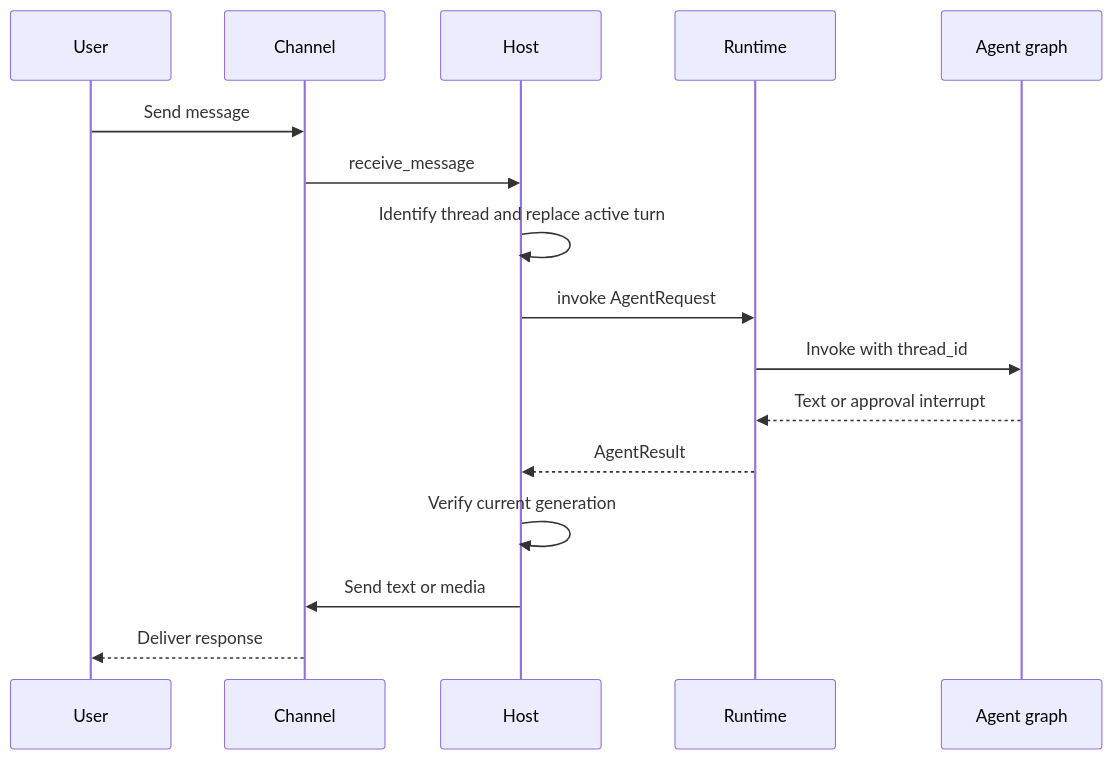
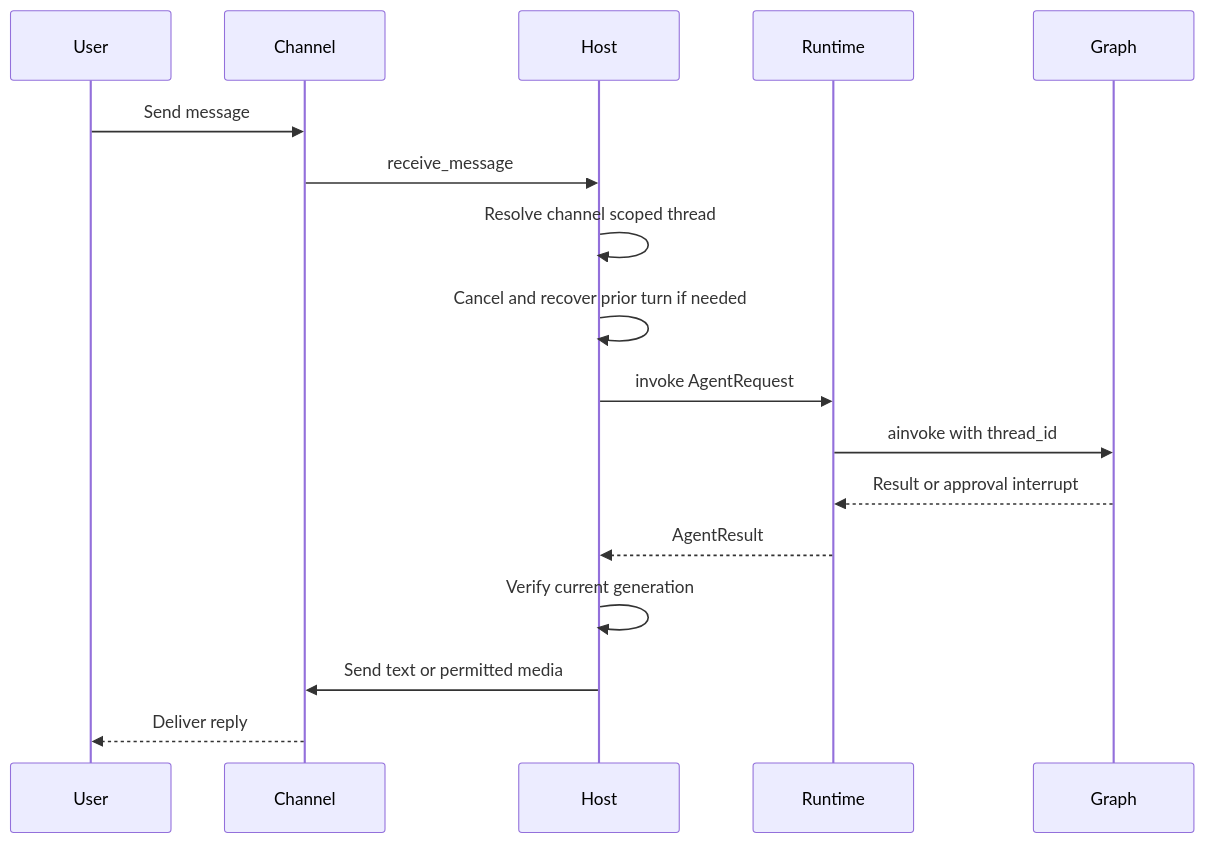
The first of 2 diagrams in openwiki/integrations/talon.md (langchain-ai/deepagents), drawn with Mermaid before and after one commit. The commit also changed other lines of this file and 62 other files, not shown here.

````diff
--- a/openwiki/integrations/talon.md
+++ b/openwiki/integrations/talon.md
@@ -49,18 +63,19 @@
 ```mermaid
 sequenceDiagram
     participant User
     participant Channel
     participant Host
     participant Runtime
-    participant Graph as Agent graph
+    participant Graph
     User->>Channel: Send message
     Channel->>Host: receive_message
-    Host->>Host: Identify thread and replace active turn
+    Host->>Host: Resolve channel scoped thread
+    Host->>Host: Cancel and recover prior turn if needed
     Host->>Runtime: invoke AgentRequest
-    Runtime->>Graph: Invoke with thread_id
-    Graph-->>Runtime: Text or approval interrupt
+    Runtime->>Graph: ainvoke with thread_id
+    Graph-->>Runtime: Result or approval interrupt
     Runtime-->>Host: AgentResult
     Host->>Host: Verify current generation
-    Host->>Channel: Send text or media
-    Channel-->>User: Deliver response
+    Host->>Channel: Send text or permitted media
+    Channel-->>User: Deliver reply
 ```
````
